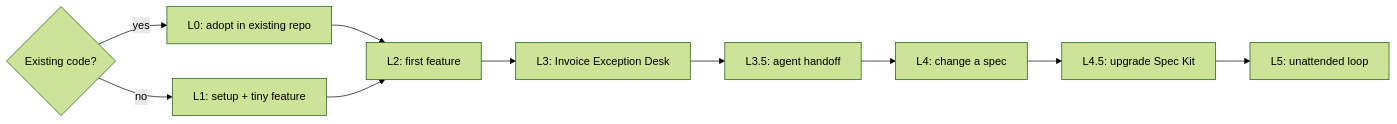
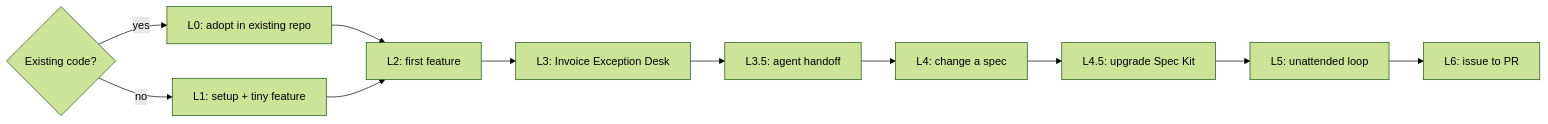
Before and after one commit to tosin2013/invoice-exception-desk: the fourth of 4 diagrams in docs/index.md, drawn with Mermaid (forest theme). The commit also changed other lines of this file and 6 other files, not shown here.

````diff
--- a/docs/index.md
+++ b/docs/index.md
@@ -102,8 +102,8 @@
 ```mermaid
 flowchart LR
   Q{Existing code?} -->|yes| L0["L0: adopt in existing repo"]
   Q -->|no| L1["L1: setup + tiny feature"]
   L0 --> L2["L2: first feature"]
   L1 --> L2
-  L2 --> L3["L3: Invoice Exception Desk"] --> L35["L3.5: agent handoff"] --> L4["L4: change a spec"] --> L45["L4.5: upgrade Spec Kit"] --> L5["L5: unattended loop"]
+  L2 --> L3["L3: Invoice Exception Desk"] --> L35["L3.5: agent handoff"] --> L4["L4: change a spec"] --> L45["L4.5: upgrade Spec Kit"] --> L5["L5: unattended loop"] --> L6["L6: issue to PR"]
 ```
````
